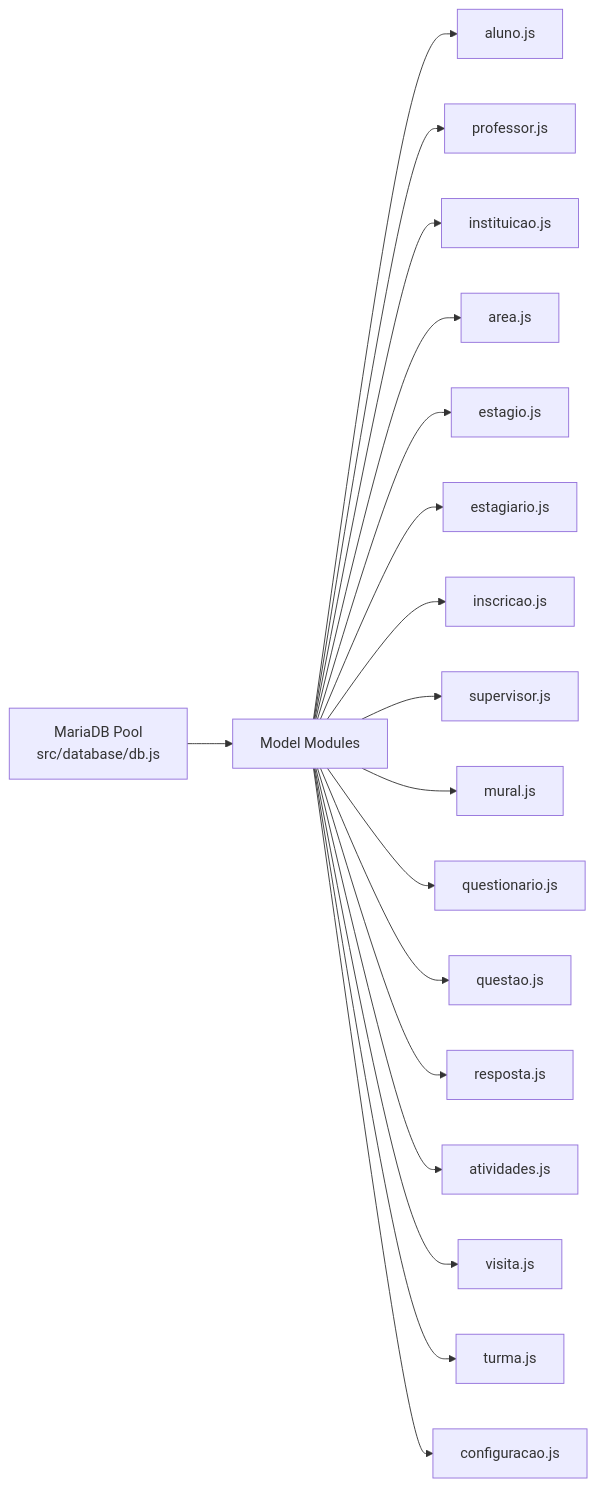
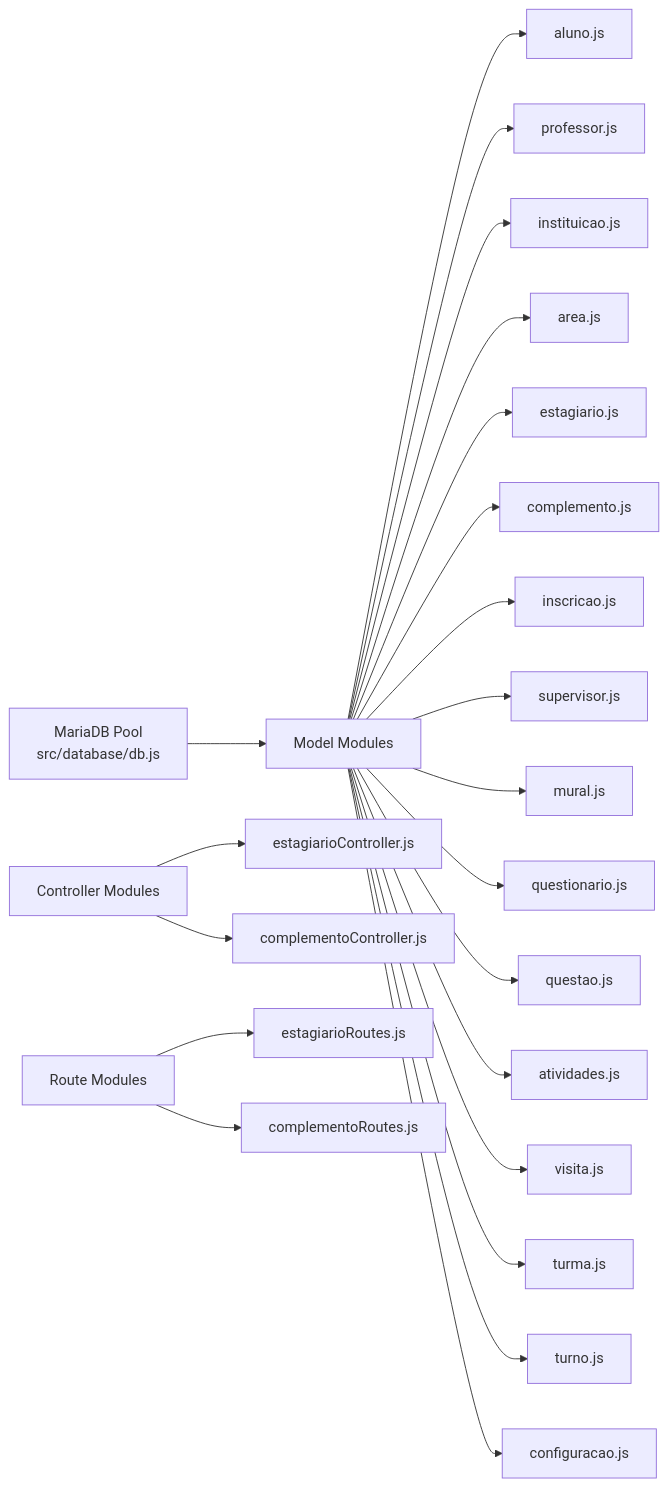
The fourth of 5 diagrams in .qoder/repowiki/en/content/Data Models & Database Design/Data Models & Database Design.md (luiseduacosta/nodemural), drawn with Mermaid before and after one commit. The commit also changed other lines of this file and 30 other files, not shown here.

Commit message:
Update tables schema.

````diff
--- a/.qoder/repowiki/en/content/Data Models & Database Design/Data Models & Database Design.md
+++ b/.qoder/repowiki/en/content/Data Models & Database Design/Data Models & Database Design.md
@@ -377,22 +423,28 @@
 ```mermaid
 graph LR
 POOL["MariaDB Pool<br/>src/database/db.js"]
 MODELS["Model Modules"]
+CONTROLLERS["Controller Modules"]
+ROUTES["Route Modules"]
 POOL --> MODELS
 MODELS --> AL["aluno.js"]
 MODELS --> PR["professor.js"]
 MODELS --> IN["instituicao.js"]
 MODELS --> AR["area.js"]
-MODELS --> ES["estagio.js"]
-MODELS --> EG["estagiario.js"]
+MODELS --> ES["estagiario.js"]
+MODELS --> CP["complemento.js"]
 MODELS --> INSC["inscricao.js"]
 MODELS --> SV["supervisor.js"]
 MODELS --> MR["mural.js"]
 MODELS --> QZ["questionario.js"]
 MODELS --> QA["questao.js"]
-MODELS --> RP["resposta.js"]
 MODELS --> AT["atividades.js"]
 MODELS --> VS["visita.js"]
 MODELS --> TR["turma.js"]
+MODELS --> TU["turno.js"]
 MODELS --> CF["configuracao.js"]
+CONTROLLERS --> EC["estagiarioController.js"]
+CONTROLLERS --> CC["complementoController.js"]
+ROUTES --> ER["estagiarioRoutes.js"]
+ROUTES --> CR["complementoRoutes.js"]
 ```
````
